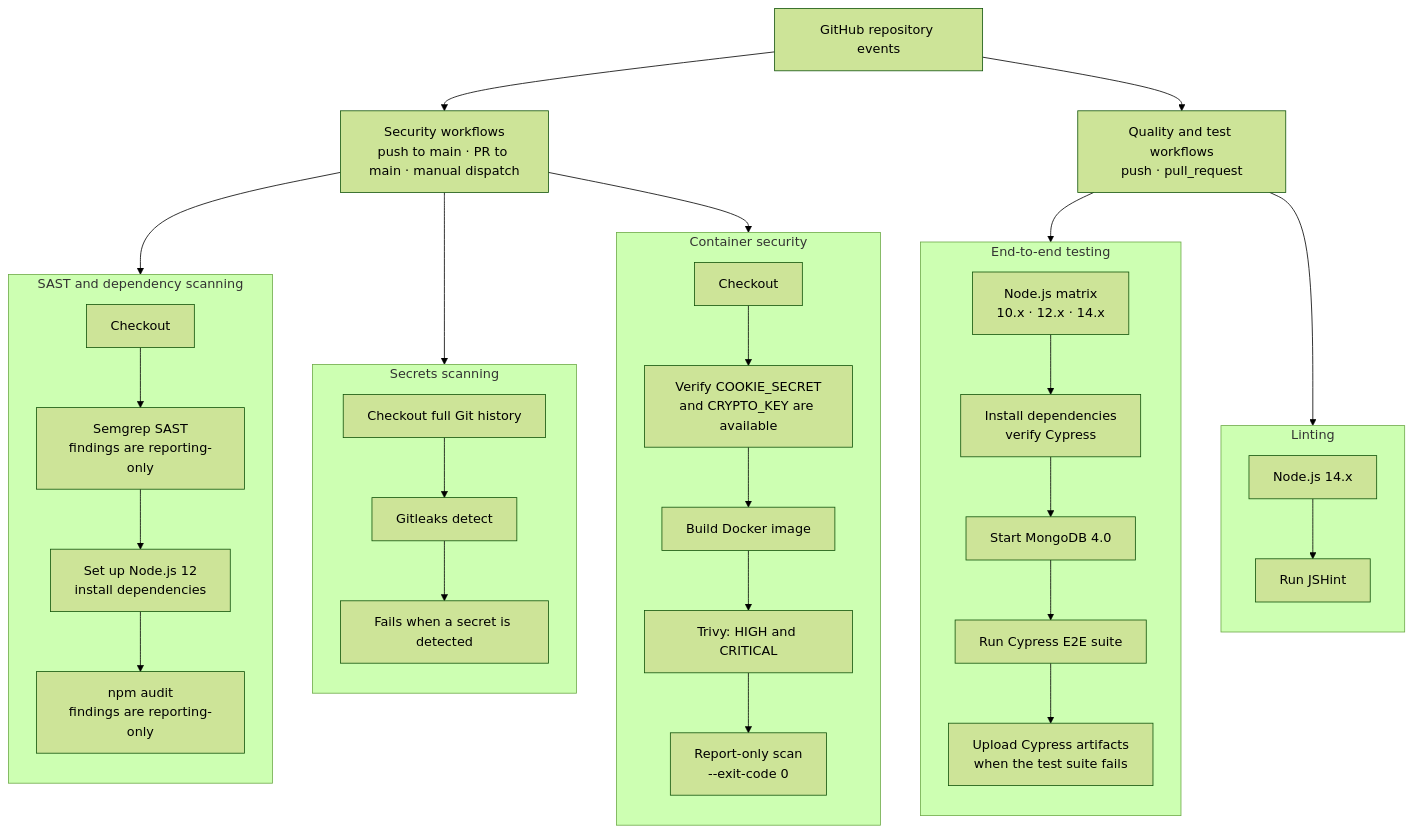
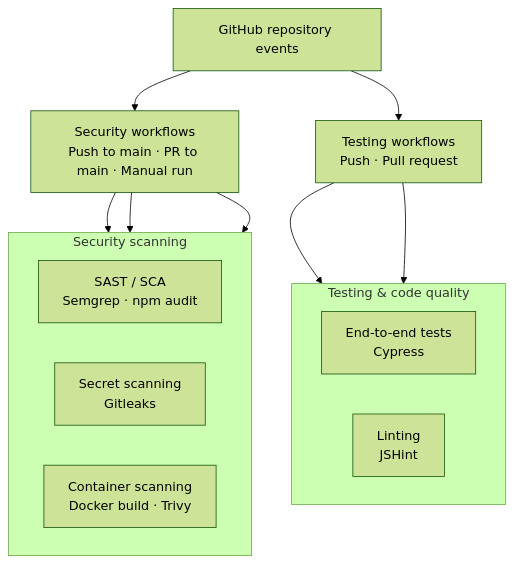
The diagram in README.md (geenuthperera/IE3142-DevSecOps-Group76), drawn with Mermaid (forest theme) before and after one commit. The commit also changed other lines of this file, not shown here.

Commit message:
Polish GitHub Actions workflow diagram

````diff
--- a/README.md
+++ b/README.md
@@ -26,45 +23,26 @@
 ```mermaid
 flowchart TB
-    EV["GitHub repository events"] --> SEC["Security workflows<br/>push to main · PR to main · manual dispatch"]
-    EV --> QA["Quality and test workflows<br/>push · pull_request"]
+    EVENTS["GitHub repository events"]
 
-    SEC --> SAST
-    SEC --> GIT
-    SEC --> CONT
-    QA --> E2E
-    QA --> LINT
+    EVENTS --> SEC_TRIGGER["Security workflows<br/>Push to main · PR to main · Manual run"]
+    EVENTS --> QA_TRIGGER["Testing workflows<br/>Push · Pull request"]
 
-    subgraph SAST["SAST and dependency scanning"]
-        direction TB
-        S1["Checkout"] --> S2["Semgrep SAST<br/>findings are reporting-only"]
-        S2 --> S3["Set up Node.js 12<br/>install dependencies"]
-        S3 --> S4["npm audit<br/>findings are reporting-only"]
+    subgraph SECURITY["Security scanning"]
+        direction LR
+        SAST["SAST / SCA<br/>Semgrep · npm audit"]
+        GITLEAKS["Secret scanning<br/>Gitleaks"]
+        TRIVY["Container scanning<br/>Docker build · Trivy"]
     end
 
-    subgraph GIT["Secrets scanning"]
-        direction TB
-        G1["Checkout full Git history"] --> G2["Gitleaks detect"]
-        G2 --> G3["Fails when a secret is detected"]
+    subgraph QUALITY["Testing & code quality"]
+        direction LR
+        CYPRESS["End-to-end tests<br/>Cypress"]
+        JSHINT["Linting<br/>JSHint"]
     end
 
-    subgraph CONT["Container security"]
-        direction TB
-        C1["Checkout"] --> C2["Verify COOKIE_SECRET<br/>and CRYPTO_KEY are available"]
-        C2 --> C3["Build Docker image"]
-        C3 --> C4["Trivy: HIGH and CRITICAL"]
-        C4 --> C5["Report-only scan<br/>--exit-code 0"]
-    end
-
-    subgraph E2E["End-to-end testing"]
-        direction TB
-        E1["Node.js matrix<br/>10.x · 12.x · 14.x"] --> E2["Install dependencies<br/>verify Cypress"]
-        E2 --> E3["Start MongoDB 4.0"]
-        E3 --> E4["Run Cypress E2E suite"]
-        E4 --> E5["Upload Cypress artifacts<br/>when the test suite fails"]
-    end
-
-    subgraph LINT["Linting"]
-        direction TB
-        L1["Node.js 14.x"] --> L2["Run JSHint"]
-    end
+    SEC_TRIGGER --> SAST
+    SEC_TRIGGER --> GITLEAKS
+    SEC_TRIGGER --> TRIVY
+    QA_TRIGGER --> CYPRESS
+    QA_TRIGGER --> JSHINT
 ```
````
